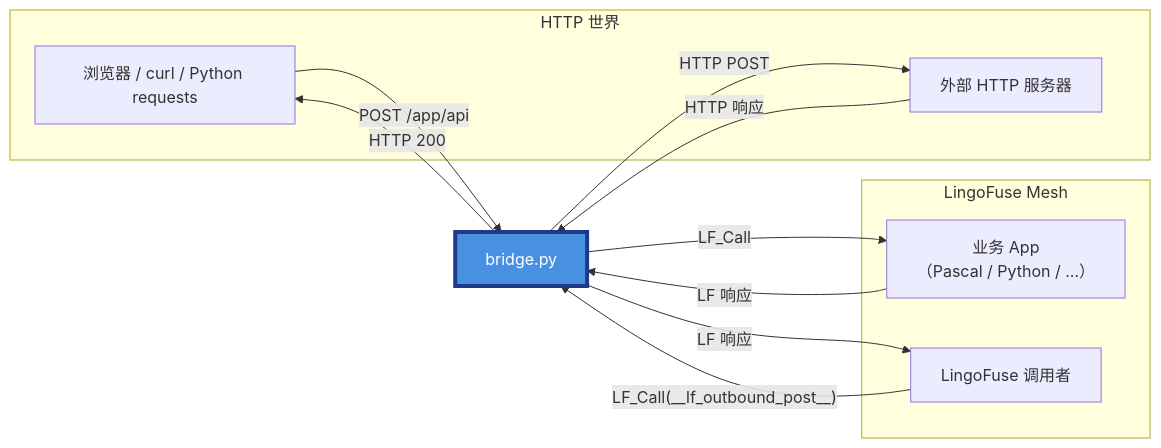
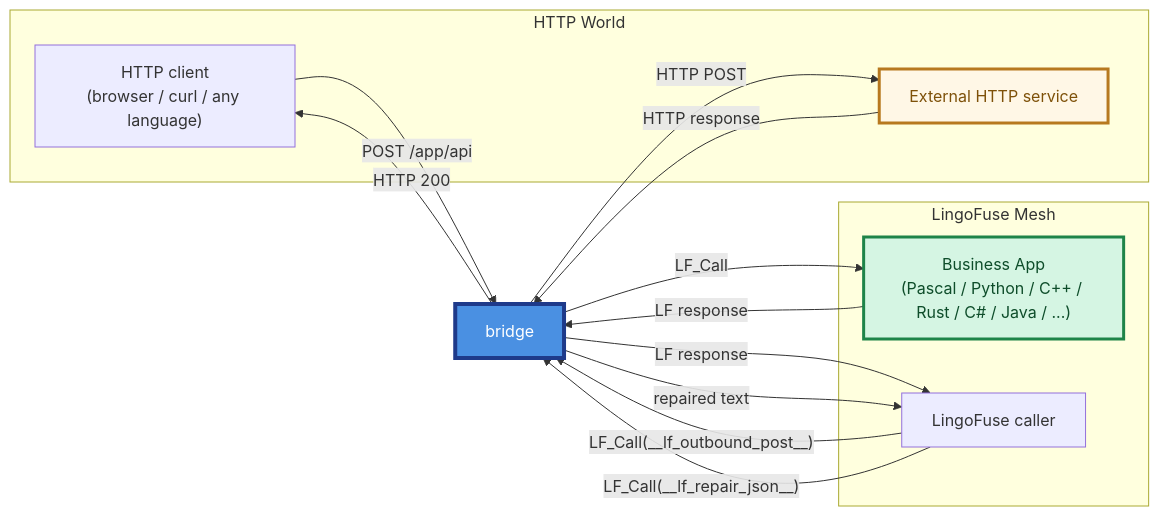
One commit to PassByYou888/LingoFuse changed the first of 20 diagrams in Py/lingofuse/Bridge_User_Guide.md. Above: the diagram before and after it, drawn with Mermaid. The commit also changed other lines of this file, not shown here.

````diff
--- a/Py/lingofuse/Bridge_User_Guide.md
+++ b/Py/lingofuse/Bridge_User_Guide.md
@@ -58,26 +60,31 @@
 ```mermaid
 flowchart LR
-    subgraph HTTPWorld["HTTP 世界"]
-        Browser["浏览器 / curl / Python requests"]
-        ExtServer["外部 HTTP 服务器"]
+    subgraph HTTPWorld["HTTP World"]
+        HTTPClient["HTTP client<br/>(browser / curl / any language)"]
+        ExtServer["External HTTP service"]
     end
 
-    Bridge["bridge.py"]
+    Bridge["bridge"]
 
     subgraph Mesh["LingoFuse Mesh"]
-        BizApp["业务 App<br/>（Pascal / Python / ...）"]
-        LFCaller["LingoFuse 调用者"]
+        BizApp["Business App<br/>(Pascal / Python / C++ / Rust / C# / Java / ...)"]
+        LFCaller["LingoFuse caller"]
     end
 
-    Browser -->|"POST /app/api"| Bridge
+    HTTPClient -->|"POST /app/api"| Bridge
     Bridge -->|"LF_Call"| BizApp
-    BizApp -->|"LF 响应"| Bridge
-    Bridge -->|"HTTP 200"| Browser
+    BizApp -->|"LF response"| Bridge
+    Bridge -->|"HTTP 200"| HTTPClient
 
     LFCaller -->|"LF_Call(__lf_outbound_post__)"| Bridge
     Bridge -->|"HTTP POST"| ExtServer
-    ExtServer -->|"HTTP 响应"| Bridge
-    Bridge -->|"LF 响应"| LFCaller
+    ExtServer -->|"HTTP response"| Bridge
+    Bridge -->|"LF response"| LFCaller
+
+    LFCaller -->|"LF_Call(__lf_repair_json__)"| Bridge
+    Bridge -->|"repaired text"| LFCaller
 
     style Bridge fill:#4A90E2,stroke:#1E3A8A,stroke-width:4px,color:#FFFFFF
+    style BizApp fill:#D5F5E3,stroke:#1E8449,stroke-width:3px,color:#0E4D2A
+    style ExtServer fill:#FFF7E6,stroke:#B7791F,stroke-width:3px,color:#7E5109
 ```
````
